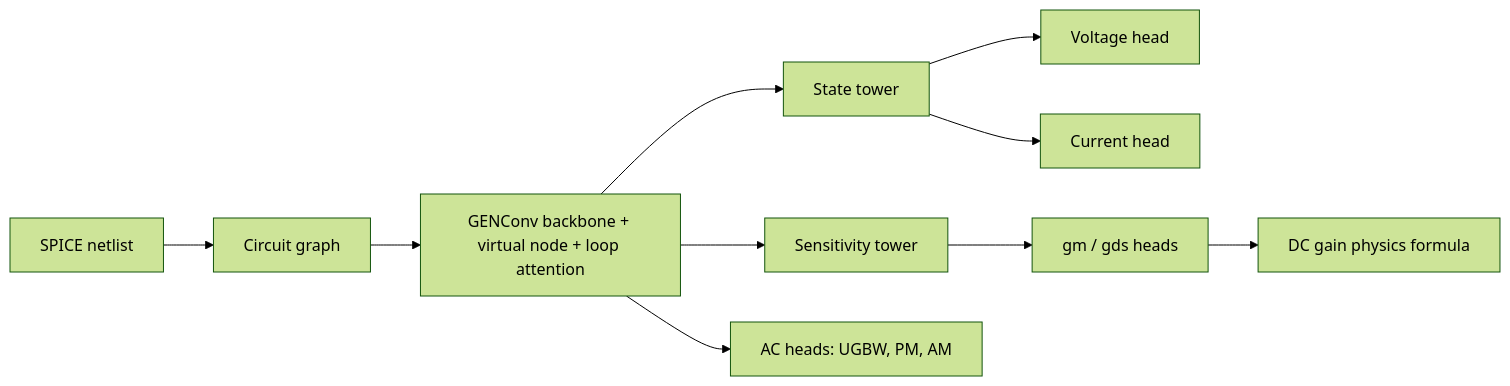
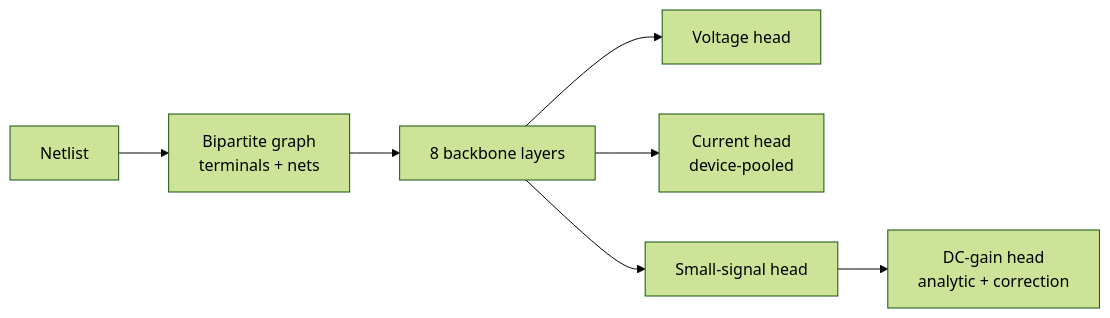
Before and after one commit to KevinH1025/Physics-informed-GNN: the diagram in README.md, drawn with Mermaid (forest theme). The commit also changed other lines of this file and 14 other files, not shown here.

First line of the commit message:
Correct the README and architecture notes against the thesis

````diff
--- a/README.md
+++ b/README.md
@@ -23,12 +43,9 @@
 ```mermaid
 graph LR
-    N[SPICE netlist] --> G[Circuit graph]
-    G --> B[GENConv backbone + virtual node + loop attention]
-    B --> S[State tower]
-    B --> T[Sensitivity tower]
-    S --> V[Voltage head]
-    S --> I[Current head]
-    T --> GM[gm / gds heads]
-    GM --> DC[DC gain physics formula]
-    B --> AC[AC heads: UGBW, PM, AM]
+    N[Netlist] --> G[Bipartite graph<br/>terminals + nets]
+    G --> B[8 backbone layers]
+    B --> V[Voltage head]
+    B --> I[Current head<br/>device-pooled]
+    B --> S[Small-signal head]
+    S --> D[DC-gain head<br/>analytic + correction]
 ```
````
